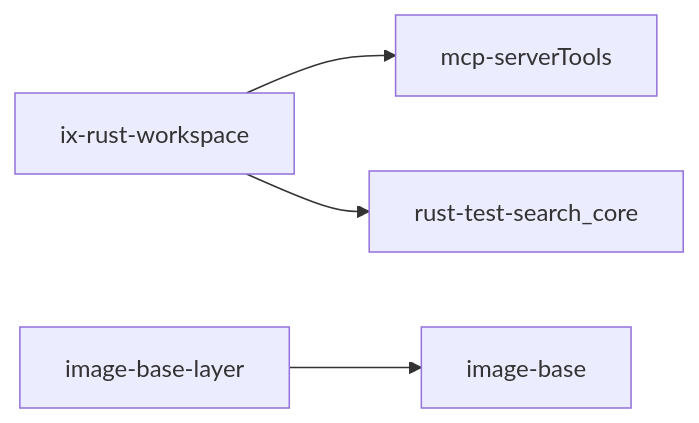
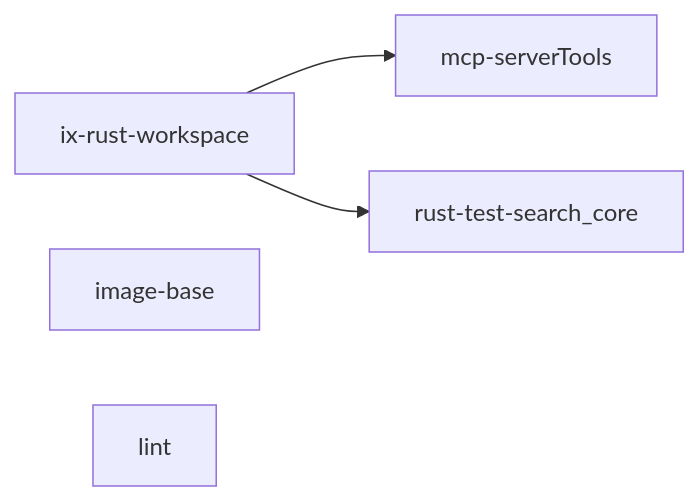
One commit to Paramount50/ix-index changed the second of 2 diagrams in tools/blast-radius-fixtures/good.expected.md. Above: the diagram before and after it, drawn with Mermaid. The commit also changed other lines of this file and 3 other files, not shown here.

````diff
--- a/tools/blast-radius-fixtures/good.expected.md
+++ b/tools/blast-radius-fixtures/good.expected.md
@@ -15,8 +16,8 @@
 ```mermaid
 flowchart LR
   c0["ix-rust-workspace"]
-  c1["image-base-layer"]
-  c0 --> k1["mcp-serverTools"]
-  c0 --> k2["rust-test-search_core"]
-  c1 --> k0["image-base"]
+  c1["image-base"]
+  c2["lint"]
+  c0 --> k2["mcp-serverTools"]
+  c0 --> k3["rust-test-search_core"]
 ```
````
